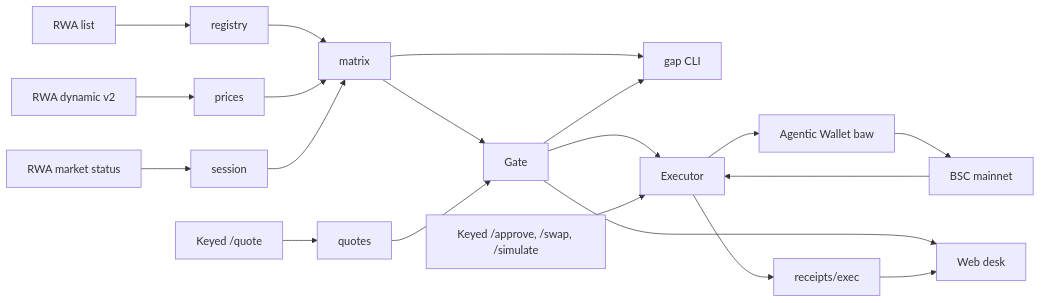
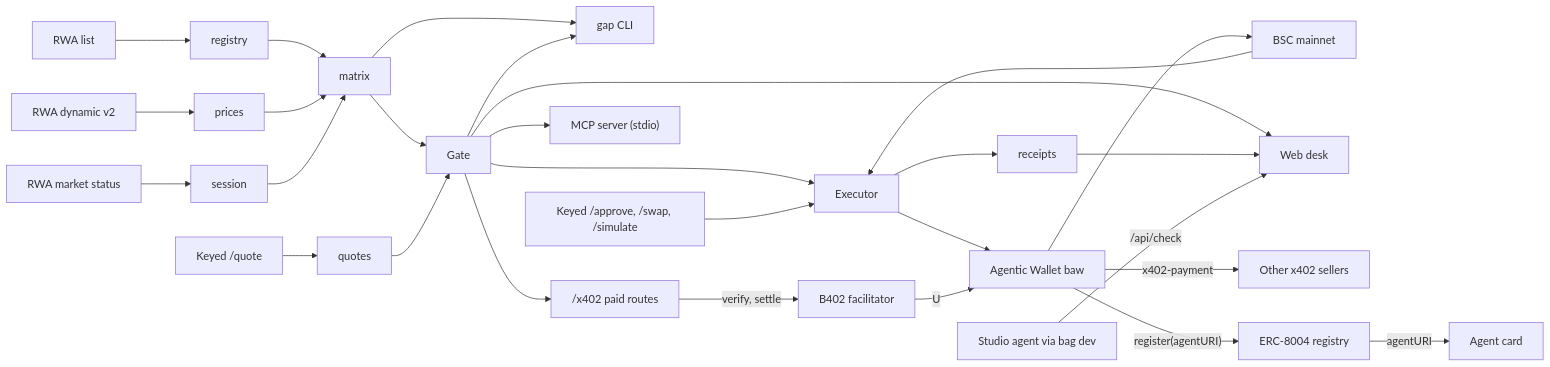
One commit to Assassin859/executable-gap-desk changed the diagram in README.md. Above: the diagram before and after it, drawn with Mermaid. The commit also changed other lines of this file and 9 other files, not shown here.

````diff
--- a/README.md
+++ b/README.md
@@ -276,22 +290,30 @@
 ```mermaid
 flowchart LR
   listApi[RWA list] --> registry
   statusApi[RWA market status] --> session
   dynApi[RWA dynamic v2] --> prices
   registry --> matrix
   prices --> matrix
   session --> matrix
   matrix --> cli[gap CLI]
   quoteApi[Keyed /quote] --> quotes
   matrix --> gate[Gate]
   quotes --> gate
   gate --> cli
   gate --> exec[Executor]
   swapApi[Keyed /approve, /swap, /simulate] --> exec
   exec --> baw[Agentic Wallet baw]
   baw --> bsc[BSC mainnet]
   bsc --> exec
-  exec --> receipts[receipts/exec]
+  exec --> receipts[receipts]
   gate --> web[Web desk]
   receipts --> web
+  gate --> mcp["MCP server (stdio)"]
+  gate --> x402Routes["/x402 paid routes"]
+  x402Routes -->|"verify, settle"| b402[B402 facilitator]
+  b402 -->|U| baw
+  baw -->|"x402-payment"| sellers[Other x402 sellers]
+  baw -->|"register(agentURI)"| erc8004[ERC-8004 registry]
+  erc8004 -->|agentURI| card[Agent card]
+  studio[Studio agent via bag dev] -->|"/api/check"| web
 ```
````
